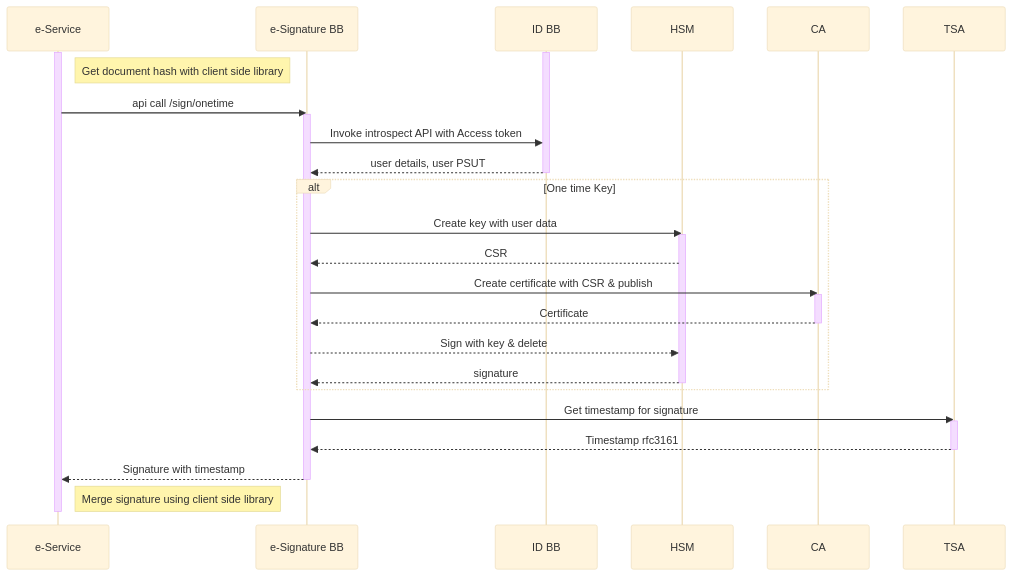
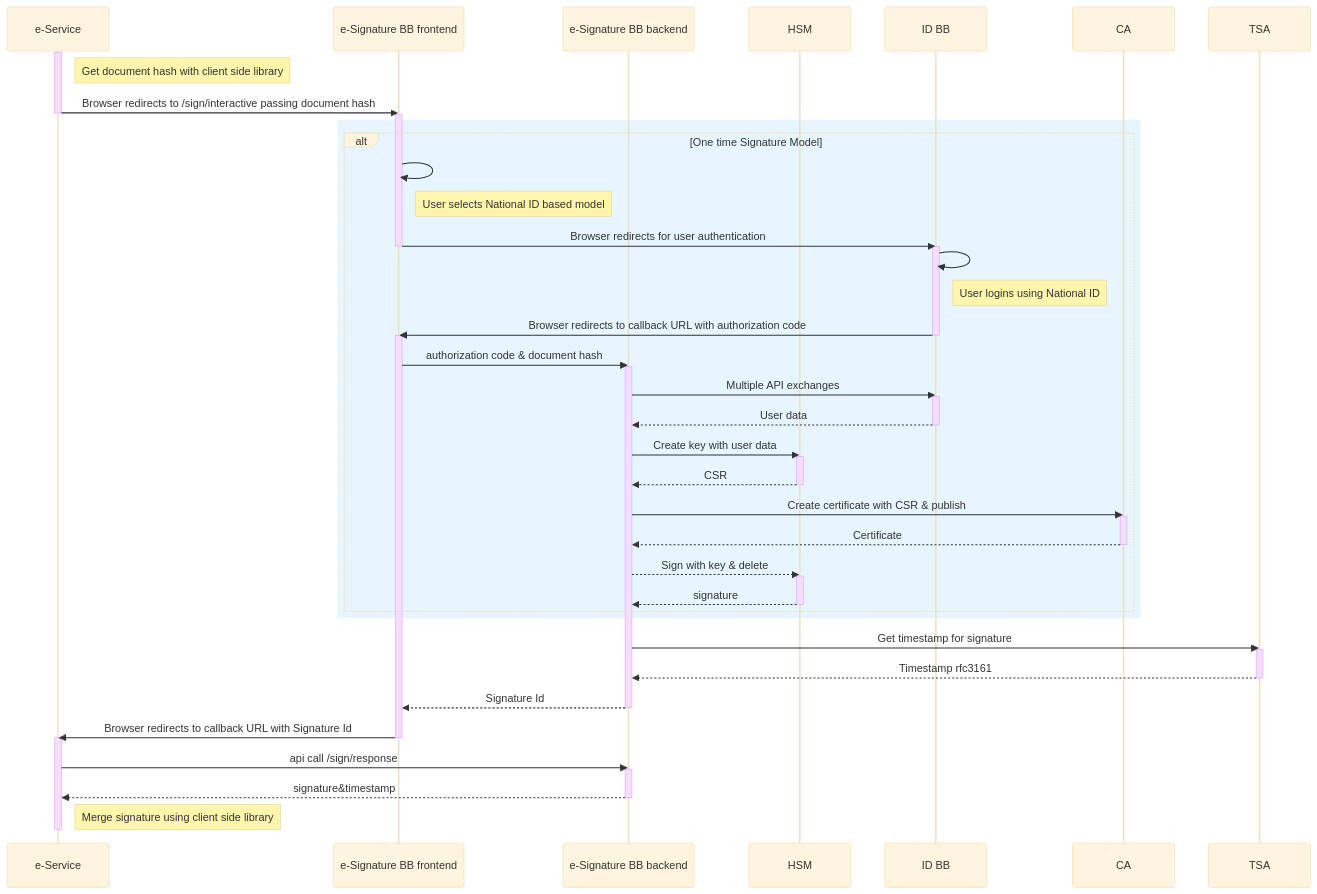
The first of 3 diagrams in spec/9-workflows.md (GovStackWorkingGroup/bb-esignature), drawn with Mermaid (base theme) before and after one commit. The commit also changed other lines of this file, not shown here.

Commit message:
GITBOOK-64: Internal workflows updated according to the latest discussion with Sasi

````diff
--- a/spec/9-workflows.md
+++ b/spec/9-workflows.md
@@ -23,33 +31,62 @@
 ```mermaid
 sequenceDiagram
-    activate ID BB
+    participant e-Service
+    participant e-Signature BB frontend
+    participant e-Signature BB backend
+    participant HSM
+    participant ID BB
+    participant CA
+    participant TSA
     activate e-Service
     Note right of e-Service: Get document hash with client side library
-    e-Service->>e-Signature BB: api call /sign/onetime
- 
-    activate e-Signature BB
-    e-Signature BB->>ID BB: Invoke introspect API with Access token
-    ID BB-->>e-Signature BB: user details, user PSUT
-    deactivate ID BB
-    alt One time Key
-    e-Signature BB->>HSM: Create key with user data
-    activate HSM
-    HSM-->>e-Signature BB: CSR
-    e-Signature BB->>CA: Create certificate with CSR & publish
-    activate CA
-    CA-->>e-Signature BB: Certificate
-    deactivate CA
-    e-Signature BB-->>HSM: Sign with key & delete
-    HSM-->>e-Signature BB: signature
-    deactivate HSM
+    e-Service->>e-Signature BB frontend: Browser redirects to /sign/interactive passing document hash
+    deactivate e-Service
+    activate e-Signature BB frontend
+    rect rgb(230, 245, 255)
+    alt One time Signature Model
+        e-Signature BB frontend->>e-Signature BB frontend: 
+        Note right of e-Signature BB frontend: User selects National ID based model
+        e-Signature BB frontend->>ID BB: Browser redirects for user authentication
+        deactivate e-Signature BB frontend
+        activate ID BB
+        ID BB->>ID BB: 
+        Note right of ID BB: User logins using National ID
+        ID BB->>e-Signature BB frontend: Browser redirects to callback URL with authorization code
+        deactivate ID BB
+        activate e-Signature BB frontend
+        e-Signature BB frontend->>e-Signature BB backend: authorization code & document hash
+        activate e-Signature BB backend
+        e-Signature BB backend->>ID BB: Multiple API exchanges
+        activate ID BB
+        ID BB-->>e-Signature BB backend: User data
+        deactivate ID BB
+        e-Signature BB backend->>HSM: Create key with user data
+        activate HSM
+        HSM-->>e-Signature BB backend: CSR
+        deactivate HSM
+        e-Signature BB backend->>CA: Create certificate with CSR & publish
+        activate CA
+        CA-->>e-Signature BB backend: Certificate
+        deactivate CA
+        e-Signature BB backend-->>HSM: Sign with key & delete
+        activate HSM
+        HSM-->>e-Signature BB backend: signature
+        deactivate HSM
     end
-    e-Signature BB->>TSA: Get timestamp for signature
+    end
+    e-Signature BB backend->>TSA: Get timestamp for signature
     activate TSA
-    TSA-->>e-Signature BB: Timestamp rfc3161
+    TSA-->>e-Signature BB backend: Timestamp rfc3161
     deactivate TSA
-    e-Signature BB-->>e-Service: Signature with timestamp
-    deactivate e-Signature BB
+    e-Signature BB backend-->>e-Signature BB frontend: Signature Id
+    deactivate e-Signature BB backend
+    e-Signature BB frontend->>e-Service: Browser redirects to callback URL with Signature Id
+    deactivate e-Signature BB frontend
+    activate e-Service
+    e-Service->>e-Signature BB backend: api call /sign/response
+    activate e-Signature BB backend
+    e-Signature BB backend-->>e-Service: signature&timestamp
+    deactivate e-Signature BB backend
     Note right of e-Service: Merge signature using client side library
     deactivate e-Service
-
 ```
````
